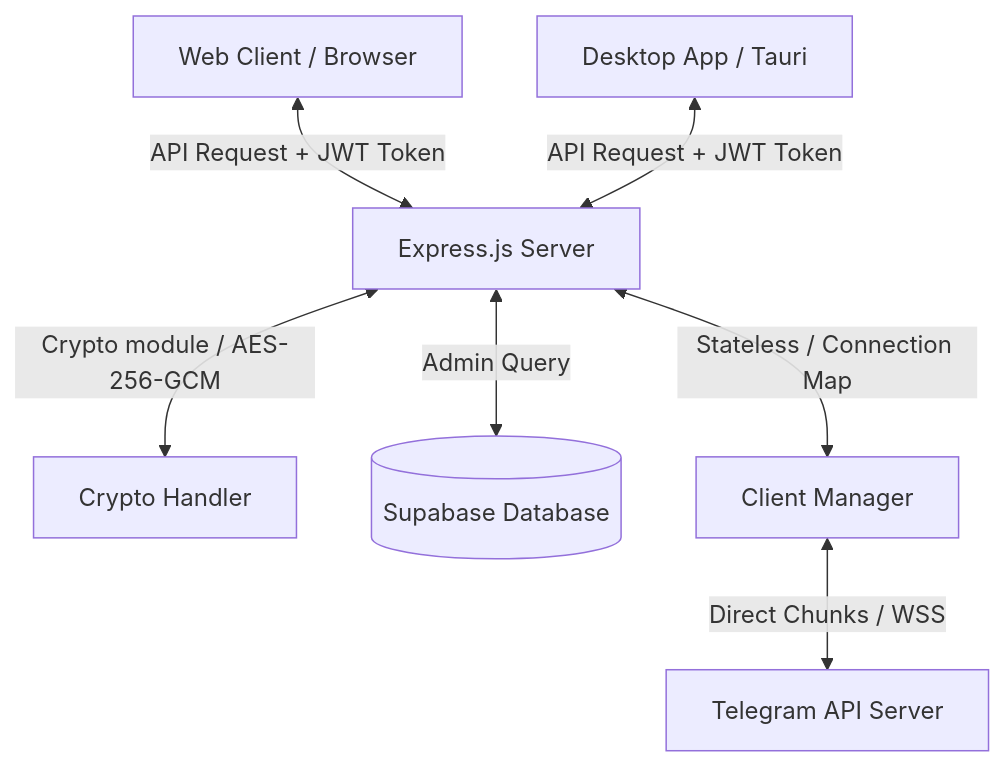
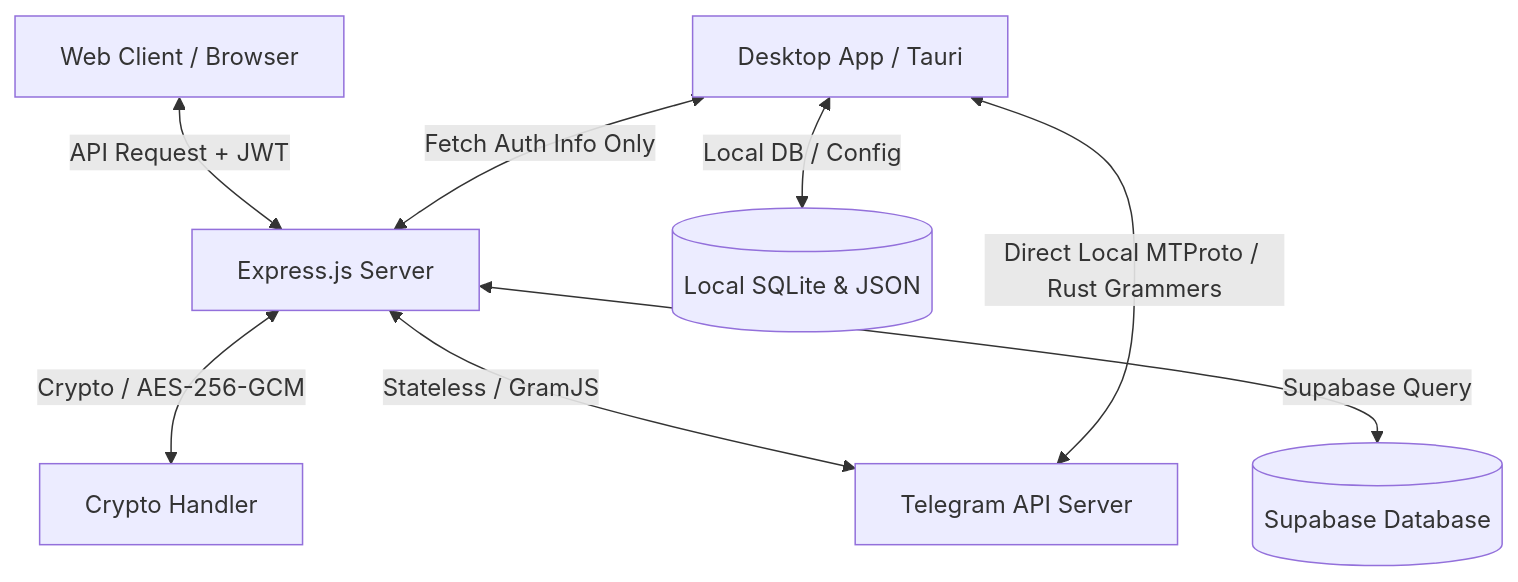
One commit to salsabilofficial/teledrive changed the diagram in docs/README.md. Above: the diagram before and after it, drawn with Mermaid. The commit also changed other lines of this file and 3 other files, not shown here.

````diff
--- a/docs/README.md
+++ b/docs/README.md
@@ -18,9 +18,13 @@
 ```mermaid
 graph TD
-    Browser[Web Client / Browser] <-->|API Request + JWT Token| Express[Express.js Server]
-    Desktop[Desktop App / Tauri] <-->|API Request + JWT Token| Express
-    Express <-->|Crypto module / AES-256-GCM| Crypt[Crypto Handler]
-    Express <-->|Admin Query| Supabase[(Supabase Database)]
-    Express <-->|Stateless / Connection Map| Manager[Client Manager]
-    Manager <-->|Direct Chunks / WSS| Telegram[Telegram API Server]
+    %% Web Architecture
+    Browser[Web Client / Browser] <-->|API Request + JWT| Express[Express.js Server]
+    Express <-->|Crypto / AES-256-GCM| Crypt[Crypto Handler]
+    Express <-->|Stateless / GramJS| Telegram[Telegram API Server]
+    Express <-->|Supabase Query| Supabase[(Supabase Database)]
+
+    %% Desktop Architecture
+    Desktop[Desktop App / Tauri] <-->|Fetch Auth Info Only| Express
+    Desktop <-->|Direct Local MTProto / Rust Grammers| Telegram
+    Desktop <-->|Local DB / Config| SQLite[(Local SQLite & JSON)]
 ```
````
